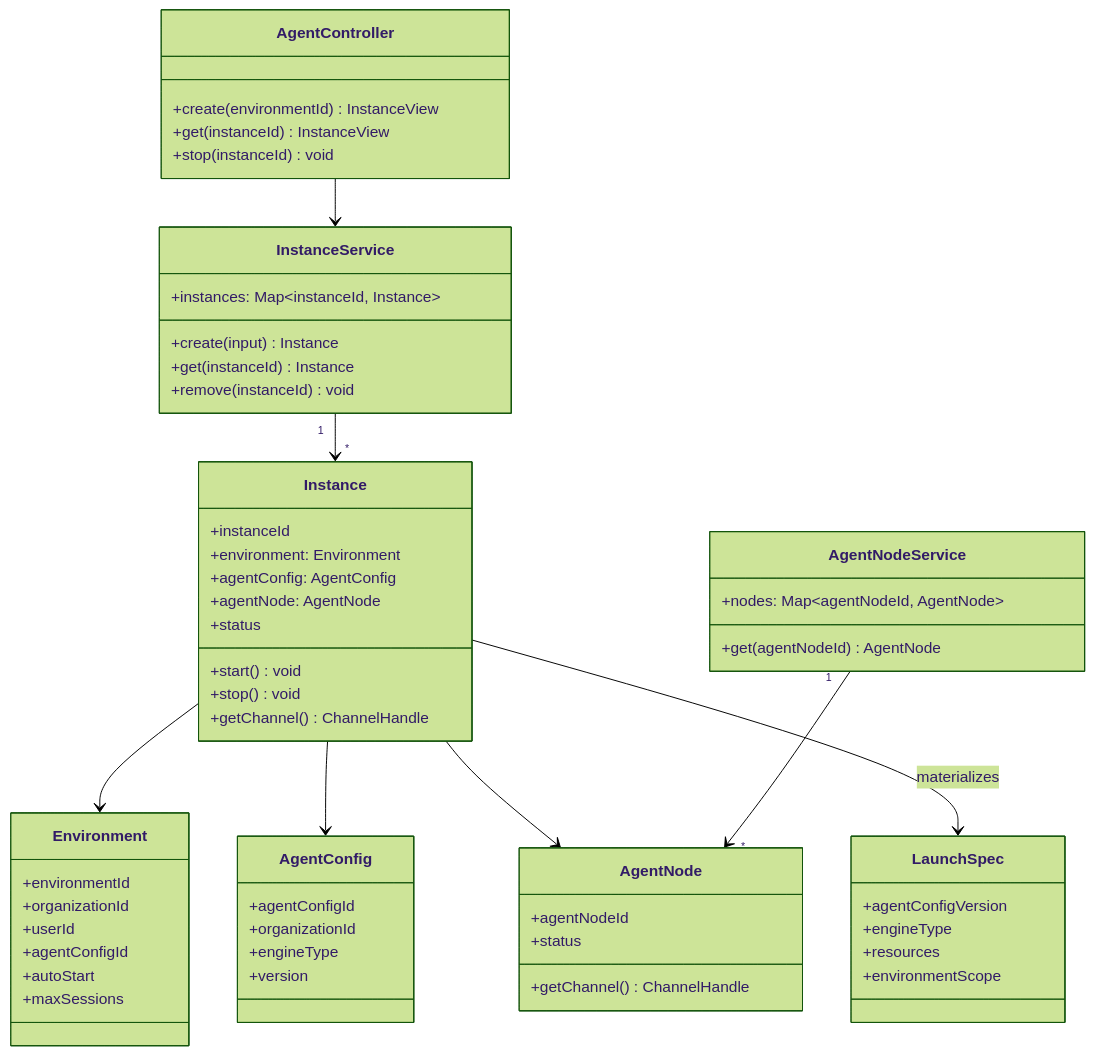
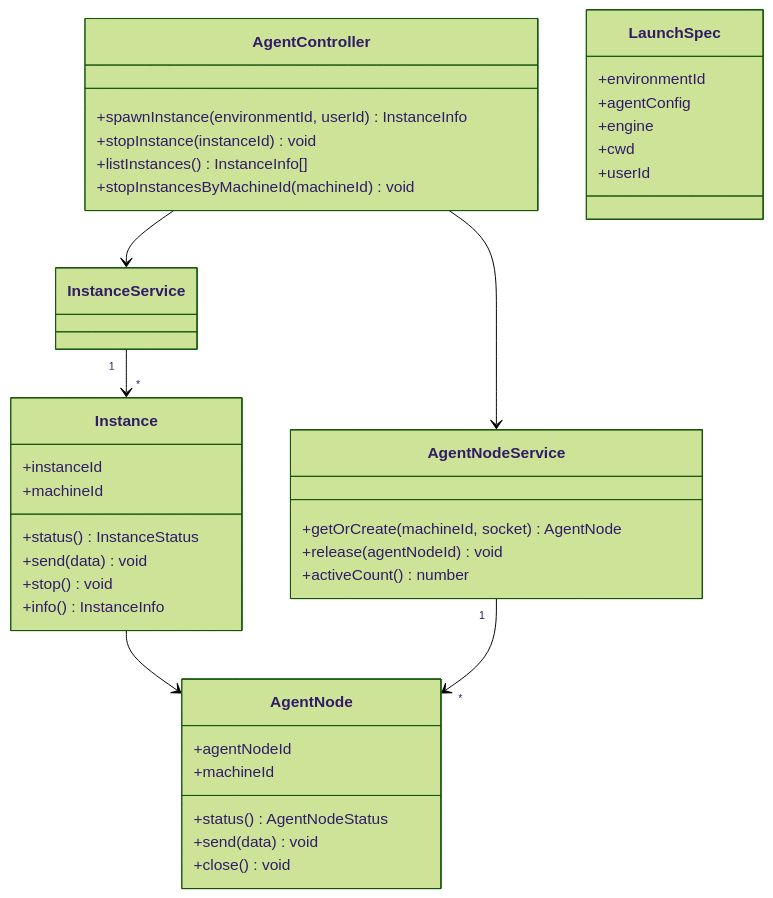
The second of 5 diagrams in docs/arch/20-orchestration-management.md (HuangPuStar/FenixAgent), drawn with Mermaid (forest theme) before and after one commit. The commit also changed other lines of this file and 1 other file, not shown here.

````diff
--- a/docs/arch/20-orchestration-management.md
+++ b/docs/arch/20-orchestration-management.md
@@ -61,61 +75,42 @@
 ```mermaid
 classDiagram
     class AgentController {
-        +create(environmentId) InstanceView
-        +get(instanceId) InstanceView
-        +stop(instanceId) void
-    }
-    class InstanceService {
-        +instances: Map~instanceId, Instance~
-        +create(input) Instance
-        +get(instanceId) Instance
-        +remove(instanceId) void
+        +spawnInstance(environmentId, userId) InstanceInfo
+        +stopInstance(instanceId) void
+        +listInstances() InstanceInfo[]
+        +stopInstancesByMachineId(machineId) void
     }
     class Instance {
         +instanceId
-        +environment: Environment
-        +agentConfig: AgentConfig
-        +agentNode: AgentNode
-        +status
-        +start() void
+        +machineId
+        +status() InstanceStatus
+        +send(data) void
         +stop() void
-        +getChannel() ChannelHandle
-    }
-    class Environment {
-        +environmentId
-        +organizationId
-        +userId
-        +agentConfigId
-        +autoStart
-        +maxSessions
-    }
-    class AgentConfig {
-        +agentConfigId
-        +organizationId
-        +engineType
-        +version
+        +info() InstanceInfo
     }
     class AgentNodeService {
-        +nodes: Map~agentNodeId, AgentNode~
-        +get(agentNodeId) AgentNode
+        +getOrCreate(machineId, socket) AgentNode
+        +release(agentNodeId) void
+        +activeCount() number
     }
     class AgentNode {
         +agentNodeId
-        +status
-        +getChannel() ChannelHandle
+        +machineId
+        +status() AgentNodeStatus
+        +send(data) void
+        +close() void
     }
     class LaunchSpec {
-        +agentConfigVersion
-        +engineType
-        +resources
-        +environmentScope
+        +environmentId
+        +agentConfig
+        +engine
+        +cwd
+        +userId
     }
 
     AgentController --> InstanceService
+    AgentController --> AgentNodeService
     InstanceService "1" --> "*" Instance
-    Instance --> Environment
-    Instance --> AgentConfig
     Instance --> AgentNode
-    Instance --> LaunchSpec : materializes
     AgentNodeService "1" --> "*" AgentNode
 ```
````
